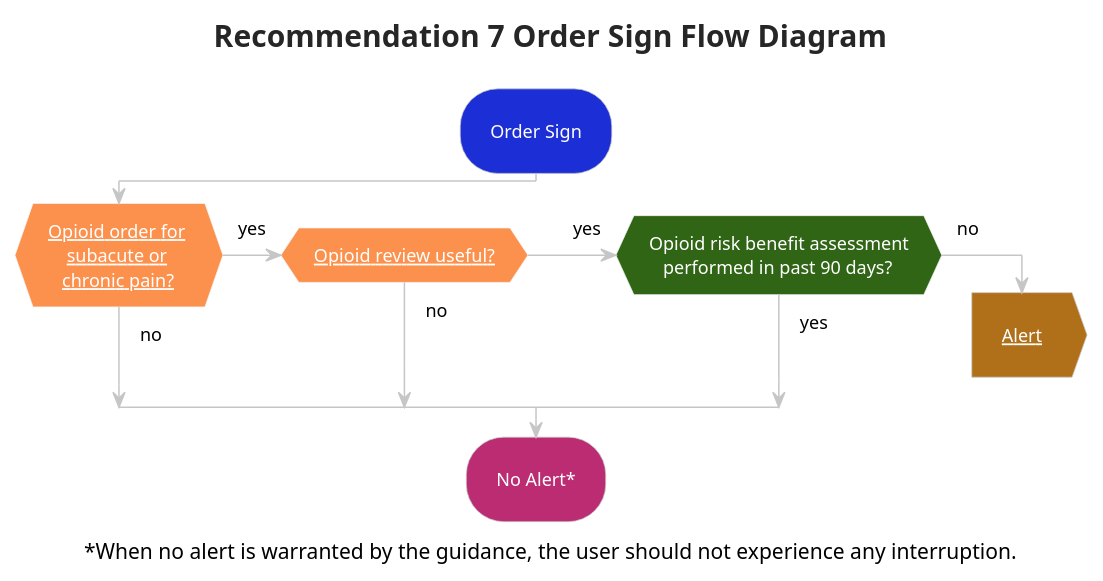
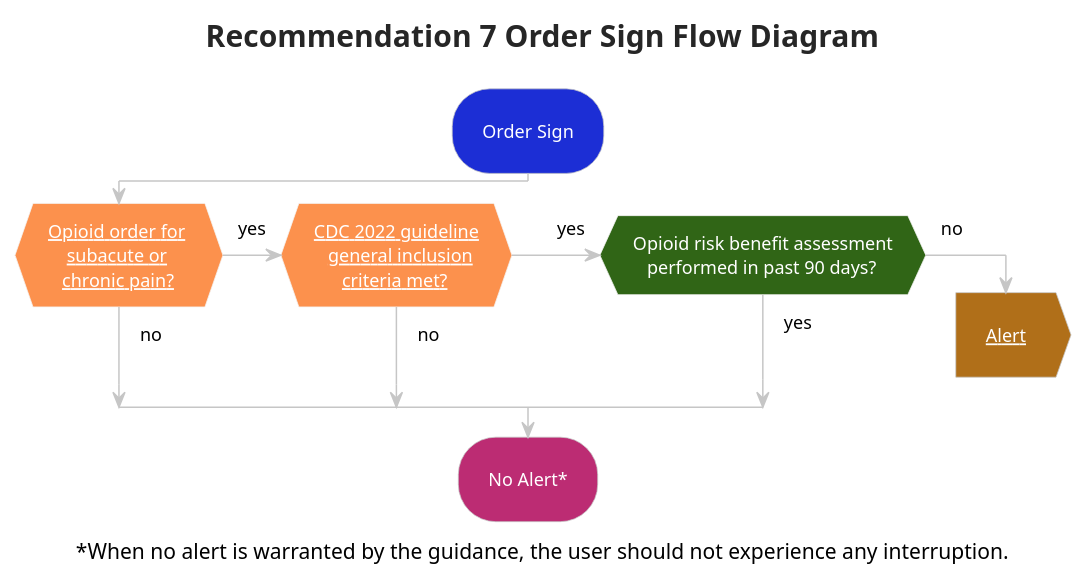
Before and after one commit to cqframework/opioid-cds-r4: the diagram in input/images-source/flow_rec07_ordersign.plantuml, drawn with PlantUML. The commit also changed 87 other files, not shown here.

```diff
--- a/input/images-source/flow_rec07_ordersign.plantuml
+++ b/input/images-source/flow_rec07_ordersign.plantuml
@@ -1,27 +1,27 @@
 @startuml flow_rec07_ordersign
 !theme carbon-gray
 skinparam hyperlinkColor white
 <style>
 activityDiagram {
  FontColor white
  RoundCorner 50
  arrow {
   FontColor: Black
  }
  diamond {
   BackgroundColor #fc914d
  }
 }
 </style>
 title Recommendation 7 Order Sign Flow Diagram
 #1C2ED5:Order Sign; 
 if ([[subroutines.html#for-subacute-or-chronic-pain Opioid order for \n    subacute or \n   chronic pain?]]) then (no)
-(yes) elseif ([[subroutines.html#opioid-review-useful Opioid review useful?]]) then (no)
+(yes) elseif ([[subroutines.html#cdc-2022-general-inclusion-criteria CDC 2022 guideline\n   general inclusion\n      criteria met?]]) then (no)
 #306516:(yes) elseif (Opioid risk benefit assessment\n   performed in past 90 days?) then (yes) 
 else (no) 
 #b06f19:[[user-interaction-alerts.html#recommendation-7-alert Alert]];<<output>>
 kill
 endif
 #BC2C73:No Alert*;
 caption ~*When no alert is warranted by the guidance, the user should not experience any interruption.
 @enduml
```
